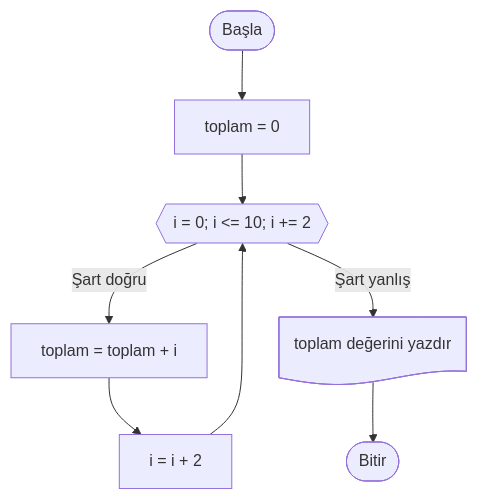
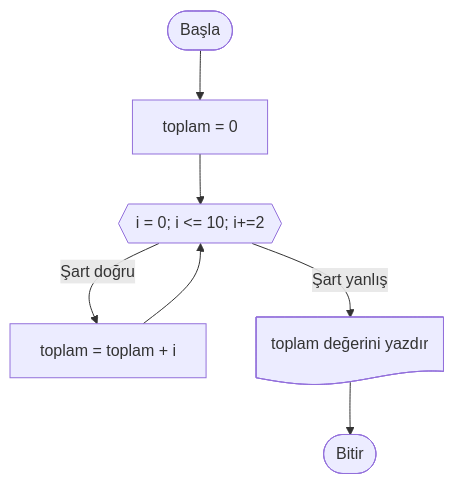
One commit to ibrahimayaz/Algoritma-ve-Programlamaya-Giris changed the ninth of 13 diagrams in Hafta_05_Akis_Diyagramlari_2.md. Above: the diagram before and after it, drawn with Mermaid. The commit also changed other lines of this file, not shown here.

Commit message:
dokuman guncellendi

````diff
--- a/Hafta_05_Akis_Diyagramlari_2.md
+++ b/Hafta_05_Akis_Diyagramlari_2.md
@@ -256,10 +256,9 @@
 ```mermaid
 graph TD
     A([Başla]) --> B[toplam = 0]
-    B --> C{{"i = 0; i <= 10; i += 2"}}
+    B --> C{{"i = 0; i <= 10; i+=2"}}
     C -- Şart doğru --> D[toplam = toplam + i]
-    D --> E[i = i + 2]
-    E --> C
-    C -- Şart yanlış --> F@{ shape: doc, label: "toplam değerini yazdır" }
-    F --> G([Bitir])
+    D --> C
+    C -- Şart yanlış --> E@{ shape: doc, label: "toplam değerini yazdır" }
+    E --> F([Bitir])
 ```
````
